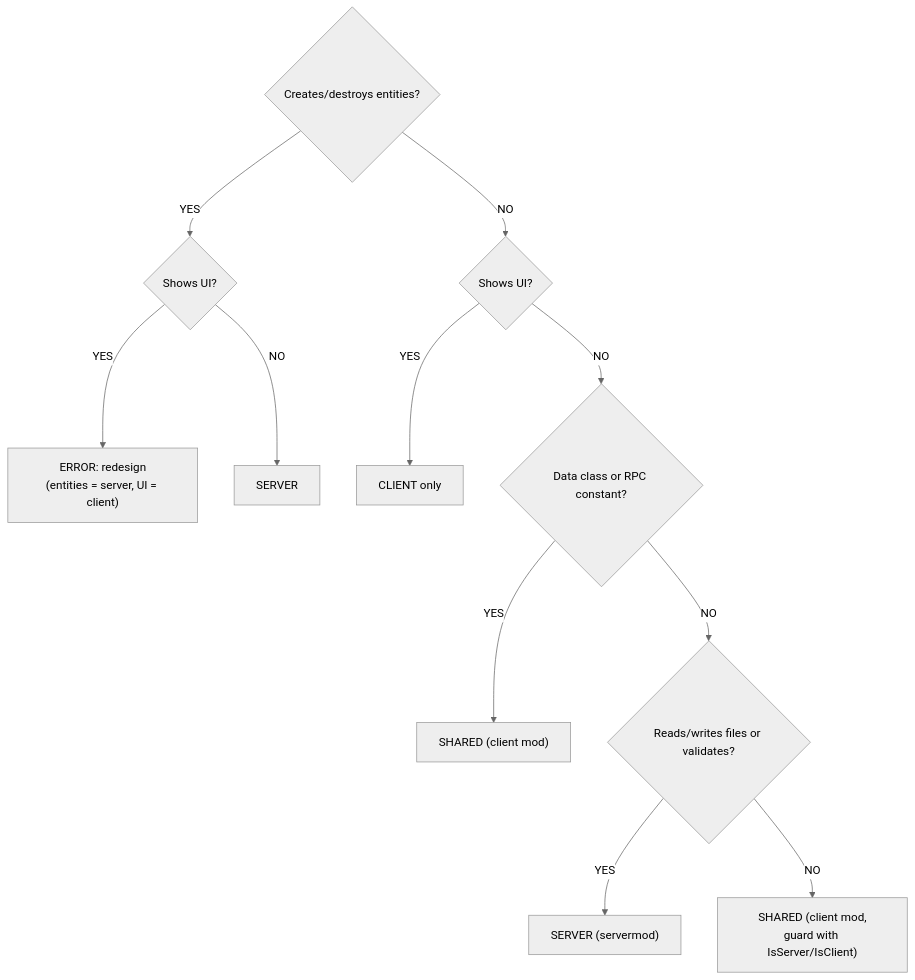
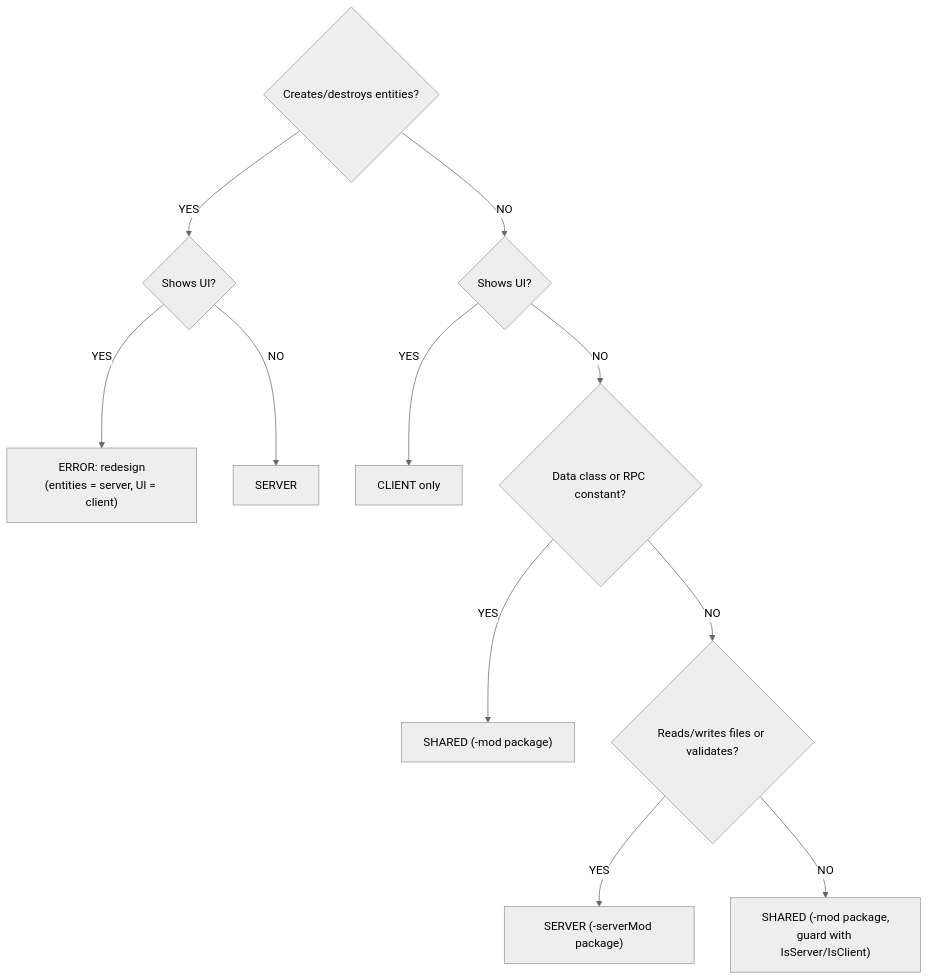
One commit to StarDZ-Team/DayZ-Modding-Wiki changed the third of 3 diagrams in en/02-mod-structure/06-server-client-split.md. Above: the diagram before and after it, drawn with Mermaid (neutral theme). The commit also changed other lines of this file and 18 other files, not shown here.

Commit message:
docs(en): correct PBO packaging and client-server deployment claims

````diff
--- a/en/02-mod-structure/06-server-client-split.md
+++ b/en/02-mod-structure/06-server-client-split.md
@@ -1054,13 +1042,13 @@
 ```mermaid
 flowchart TD
     A{Creates/destroys entities?} -->|YES| B{Shows UI?}
     A -->|NO| C{Shows UI?}
     B -->|YES| D["ERROR: redesign<br/>(entities = server, UI = client)"]
     B -->|NO| E[SERVER]
     C -->|YES| F[CLIENT only]
     C -->|NO| G{Data class or RPC constant?}
-    G -->|YES| H["SHARED (client mod)"]
+    G -->|YES| H["SHARED (-mod package)"]
     G -->|NO| I{Reads/writes files or validates?}
-    I -->|YES| J["SERVER (servermod)"]
-    I -->|NO| K["SHARED (client mod,<br/>guard with IsServer/IsClient)"]
+    I -->|YES| J["SERVER (-serverMod package)"]
+    I -->|NO| K["SHARED (-mod package,<br/>guard with IsServer/IsClient)"]
 ```
````
